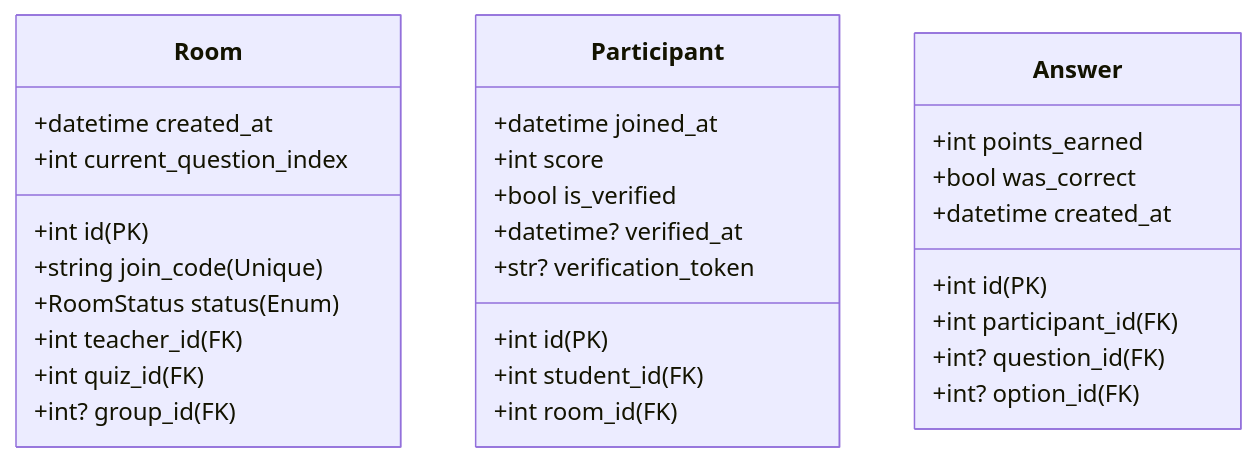
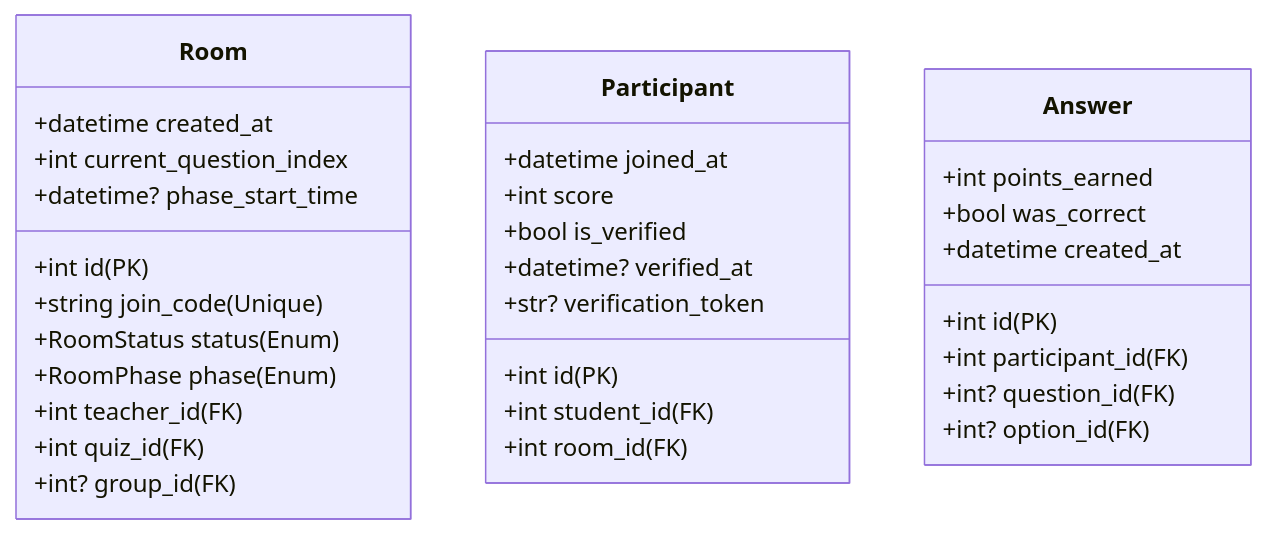
One commit to frangago71/quizzie-TFG changed the third of 4 diagrams in docs/modelo_de_datos.md. Above: the diagram before and after it, drawn with Mermaid. The commit also changed other lines of this file, not shown here.

Commit message:
docs: update information requirements with phases
Refs #49

````diff
--- a/docs/modelo_de_datos.md
+++ b/docs/modelo_de_datos.md
@@ -106,35 +108,37 @@
 ```mermaid
 classDiagram
     direction TB
     class Room {
             +int id (PK)
             +string join_code (Unique)
             +RoomStatus status (Enum)
             +datetime created_at
             +int current_question_index
+            +RoomPhase phase (Enum)
+            +datetime? phase_start_time
             +int teacher_id (FK)
             +int quiz_id (FK)
             +int? group_id (FK)
         }
 
     class Participant {
         +int id (PK)
         +datetime joined_at
         +int score
         +bool is_verified
         +datetime? verified_at  
         +str? verification_token
         +int student_id (FK)
         +int room_id (FK)
     }
 
     class Answer {
         +int id (PK)
         +int points_earned
         +bool was_correct
         +datetime created_at
         +int participant_id (FK)
         +int? question_id (FK)
         +int? option_id (FK)
     }
 ```
````
